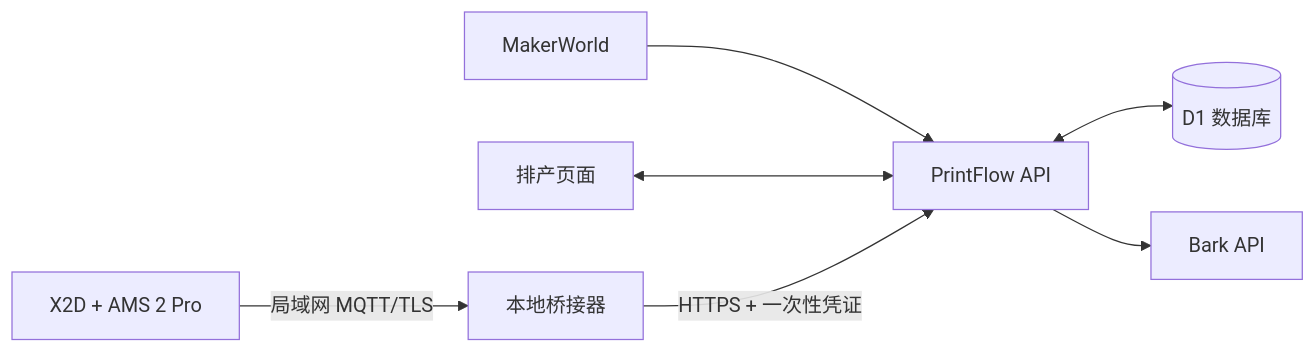
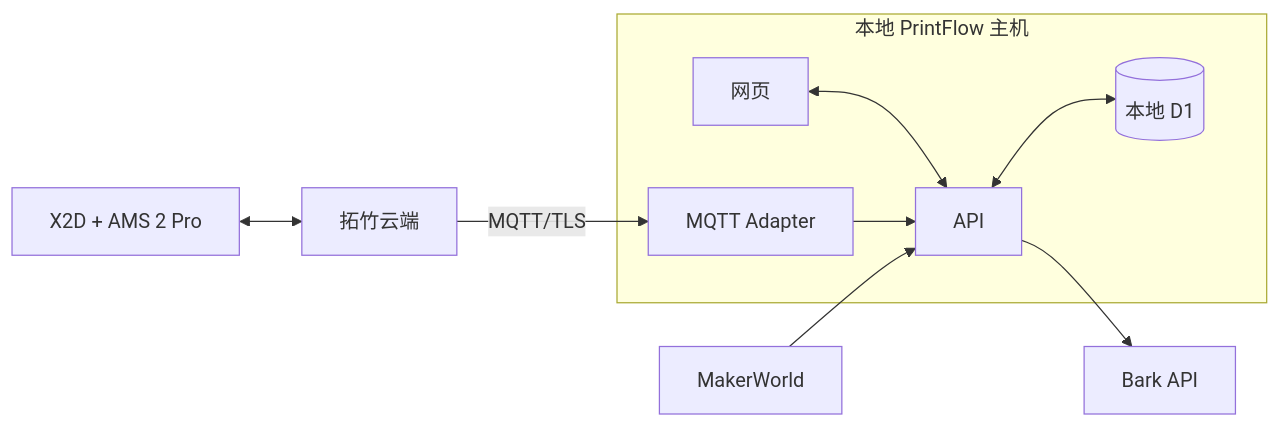
The diagram in README.md (Corgiking0127/PrintFlow), drawn with Mermaid before and after one commit. The commit also changed other lines of this file and 12 other files, not shown here.

Commit message:
feat: add local cloud MQTT runtime

````diff
--- a/README.md
+++ b/README.md
@@ -19,9 +21,12 @@
 ```mermaid
 flowchart LR
-  MW[MakerWorld] --> API[PrintFlow API]
-  UI[排产页面] <--> API
-  API <--> DB[(D1 数据库)]
+  subgraph Local[本地 PrintFlow 主机]
+    UI[网页] <--> API[API]
+    API <--> DB[(本地 D1)]
+    Adapter[MQTT Adapter] --> API
+  end
+  MW[MakerWorld] --> API
   API --> Bark[Bark API]
-  Printer[X2D + AMS 2 Pro] -->|局域网 MQTT/TLS| Bridge[本地桥接器]
-  Bridge -->|HTTPS + 一次性凭证| API
+  Printer[X2D + AMS 2 Pro] <--> Cloud[拓竹云端]
+  Cloud -->|MQTT/TLS| Adapter
 ```
````
